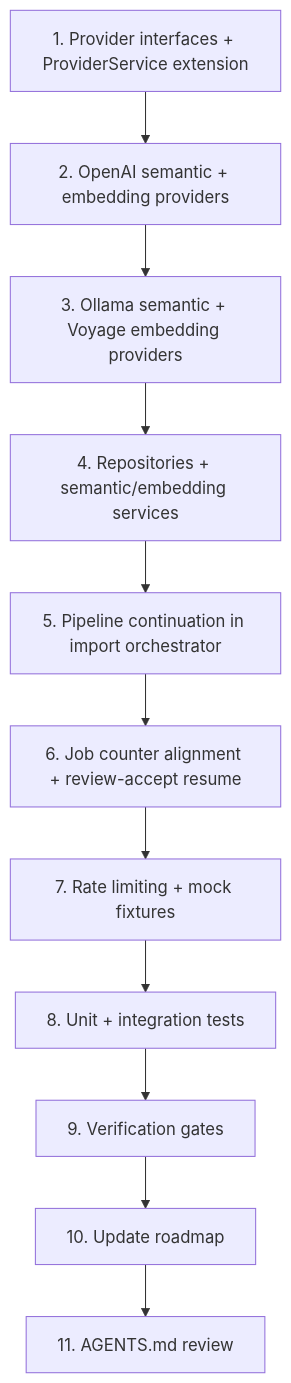
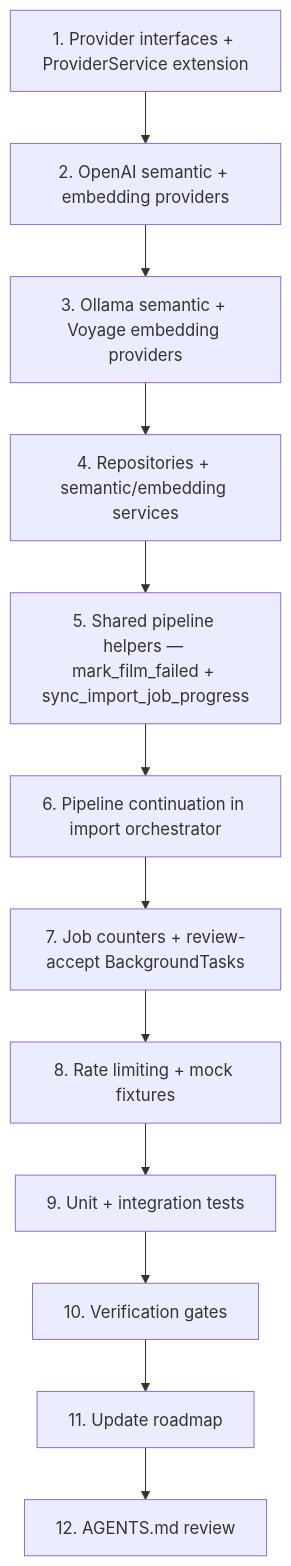
One commit to BlackLodgeLabs/cuebox changed the diagram in documents/phase-3-plan.md. Above: the diagram before and after it, drawn with Mermaid. The commit also changed other lines of this file, not shown here.

First line of the commit message:
docs: address Gemini review feedback on Phase 3 plan

````diff
--- a/documents/phase-3-plan.md
+++ b/documents/phase-3-plan.md
@@ -101,13 +104,14 @@
 ```mermaid
 flowchart TD
     A[1. Provider interfaces + ProviderService extension] --> B[2. OpenAI semantic + embedding providers]
     B --> C[3. Ollama semantic + Voyage embedding providers]
     C --> D[4. Repositories + semantic/embedding services]
-    D --> E[5. Pipeline continuation in import orchestrator]
-    E --> F[6. Job counter alignment + review-accept resume]
-    F --> G[7. Rate limiting + mock fixtures]
-    G --> H[8. Unit + integration tests]
-    H --> I[9. Verification gates]
-    I --> J[10. Update roadmap]
-    J --> K[11. AGENTS.md review]
+    D --> E[5. Shared pipeline helpers — mark_film_failed + sync_import_job_progress]
+    E --> F[6. Pipeline continuation in import orchestrator]
+    F --> G[7. Job counters + review-accept BackgroundTasks]
+    G --> H[8. Rate limiting + mock fixtures]
+    H --> I[9. Unit + integration tests]
+    I --> J[10. Verification gates]
+    J --> K[11. Update roadmap]
+    K --> L[12. AGENTS.md review]
 ```
````
